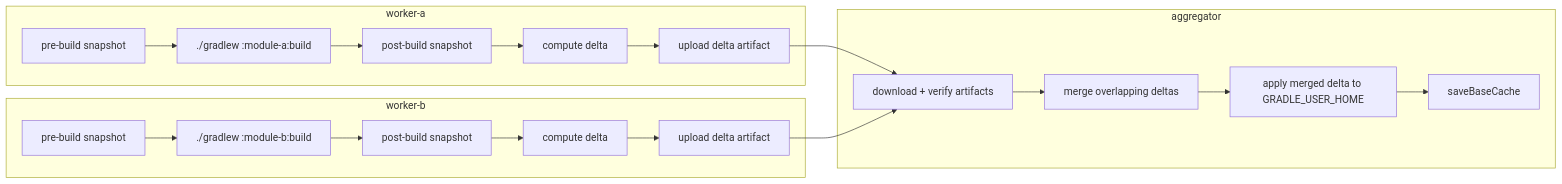
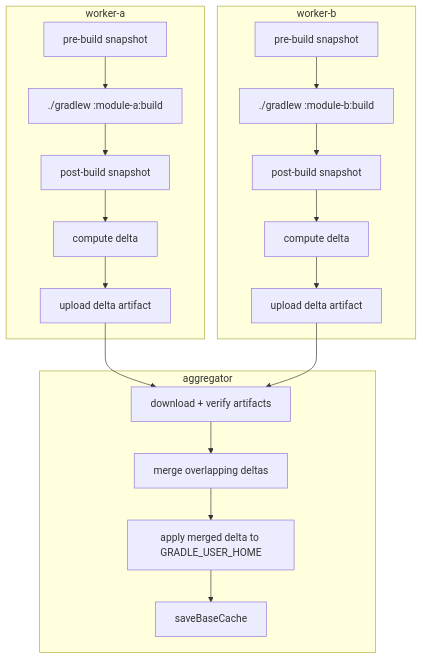
The third of 3 diagrams in docs/base-cache-design.md (buildish-tooling/buildish-mammoth-cache), drawn with Mermaid before and after one commit. The commit also changed 1 other file, not shown here.

````diff
--- a/docs/base-cache-design.md
+++ b/docs/base-cache-design.md
@@ -121,22 +121,22 @@
 ```mermaid
-flowchart LR
+flowchart TD
     subgraph worker-a
         WA1[pre-build snapshot] --> WA2[./gradlew :module-a:build]
         WA2 --> WA3[post-build snapshot]
         WA3 --> WA4[compute delta]
         WA4 --> WA5[upload delta artifact]
     end
     subgraph worker-b
         WB1[pre-build snapshot] --> WB2[./gradlew :module-b:build]
         WB2 --> WB3[post-build snapshot]
         WB3 --> WB4[compute delta]
         WB4 --> WB5[upload delta artifact]
     end
     subgraph aggregator
         WA5 --> AG1[download + verify artifacts]
         WB5 --> AG1
         AG1 --> AG2[merge overlapping deltas]
         AG2 --> AG3[apply merged delta to GRADLE_USER_HOME]
         AG3 --> AG4[saveBaseCache]
     end
 ```
````
